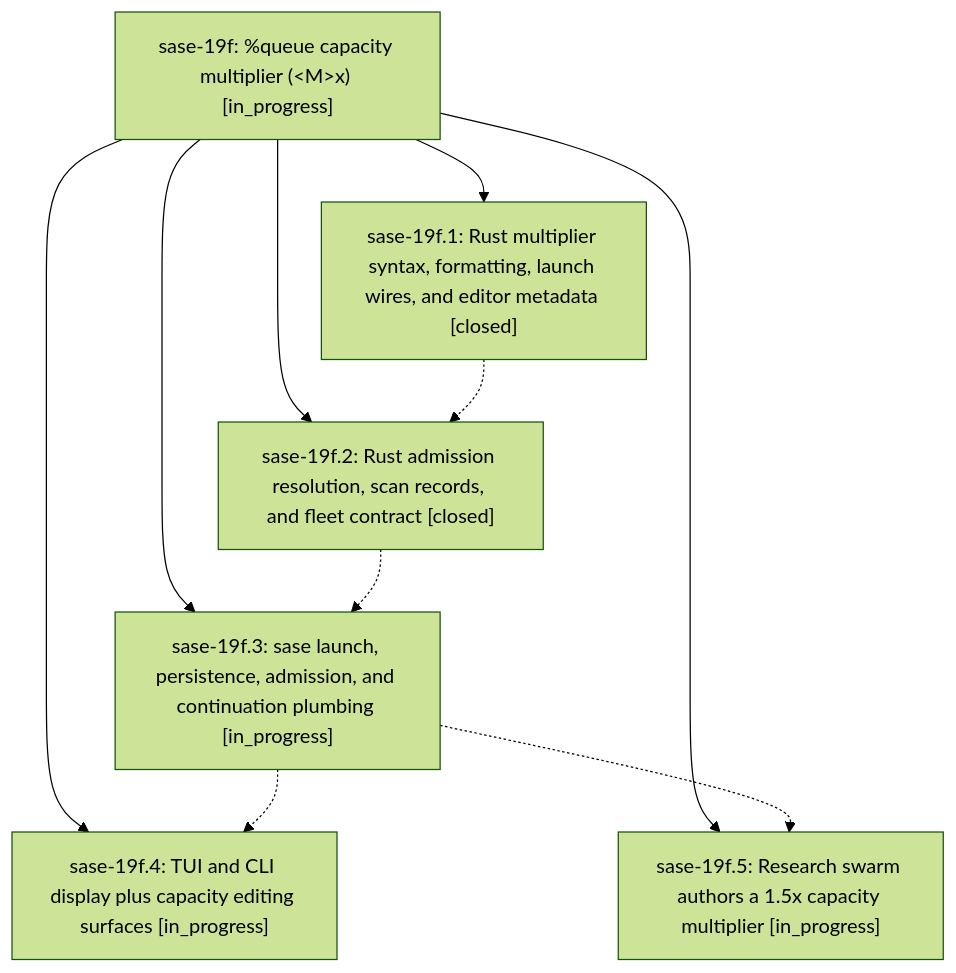
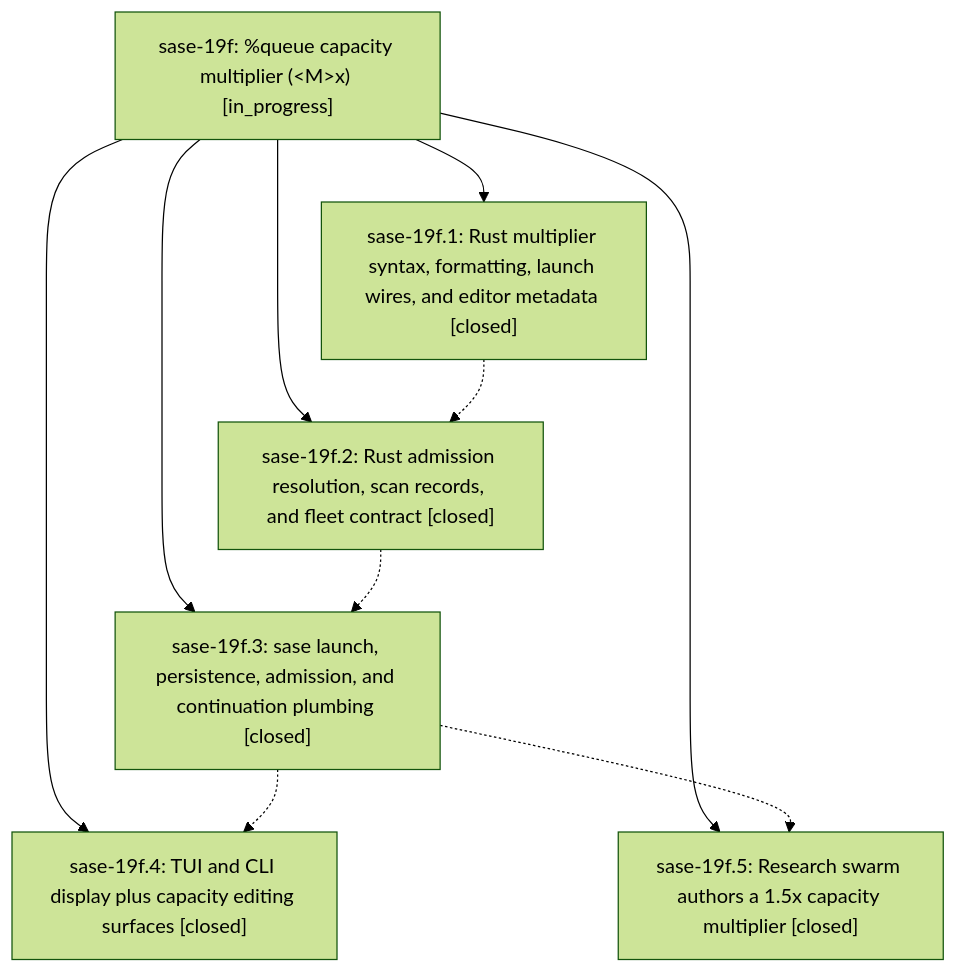
Before and after one commit to sase-org/sase--beads: the diagram in pages/sase-19f/README.md, drawn with Mermaid (forest theme). The commit also changed other lines of this file and 5 other files, not shown here.

````diff
--- a/pages/sase-19f/README.md
+++ b/pages/sase-19f/README.md
@@ -26,18 +30,18 @@
 ```mermaid
 flowchart TD
     n0["sase-19f: %queue capacity multiplier (&lt;M&gt;x) [in_progress]"]
     n1["sase-19f.1: Rust multiplier syntax, formatting, launch wires, and editor metadata [closed]"]
     n2["sase-19f.2: Rust admission resolution, scan records, and fleet contract [closed]"]
-    n3["sase-19f.3: sase launch, persistence, admission, and continuation plumbing [in_progress]"]
-    n4["sase-19f.4: TUI and CLI display plus capacity editing surfaces [in_progress]"]
-    n5["sase-19f.5: Research swarm authors a 1.5x capacity multiplier [in_progress]"]
+    n3["sase-19f.3: sase launch, persistence, admission, and continuation plumbing [closed]"]
+    n4["sase-19f.4: TUI and CLI display plus capacity editing surfaces [closed]"]
+    n5["sase-19f.5: Research swarm authors a 1.5x capacity multiplier [closed]"]
     n0 --> n1
     n0 --> n2
     n0 --> n3
     n0 --> n4
     n0 --> n5
     n1 -.-> n2
     n2 -.-> n3
     n3 -.-> n4
     n3 -.-> n5
 ```
````
